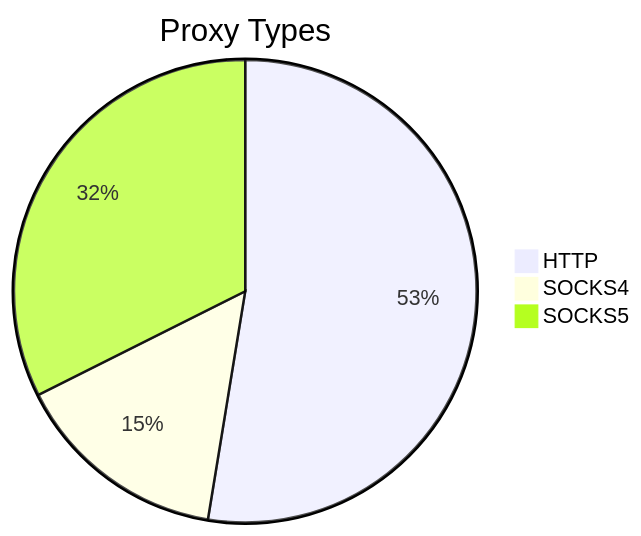
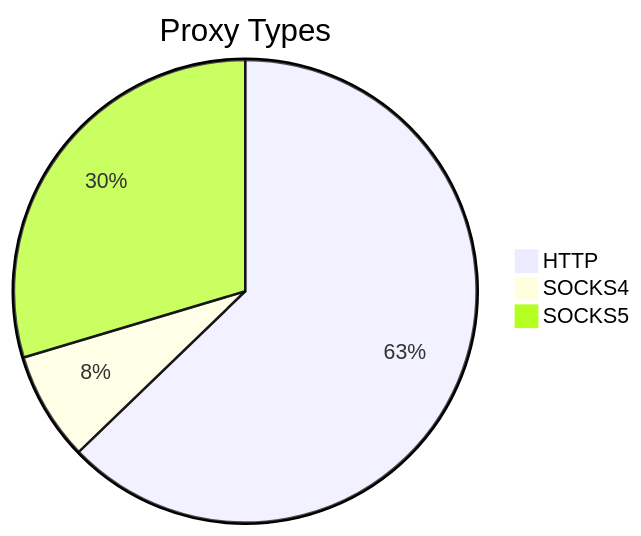
Before and after one commit to stormsia/proxy-list: the first of 2 diagrams in README.md, drawn with Mermaid. The commit also changed other lines of this file, not shown here.

````diff
--- a/README.md
+++ b/README.md
@@ -21,6 +21,6 @@
 ```mermaid
 pie title Proxy Types
-    "HTTP" : 224
-    "SOCKS4" : 64
-    "SOCKS5" : 138
+    "HTTP" : 248
+    "SOCKS4" : 30
+    "SOCKS5" : 117
 ```
````
